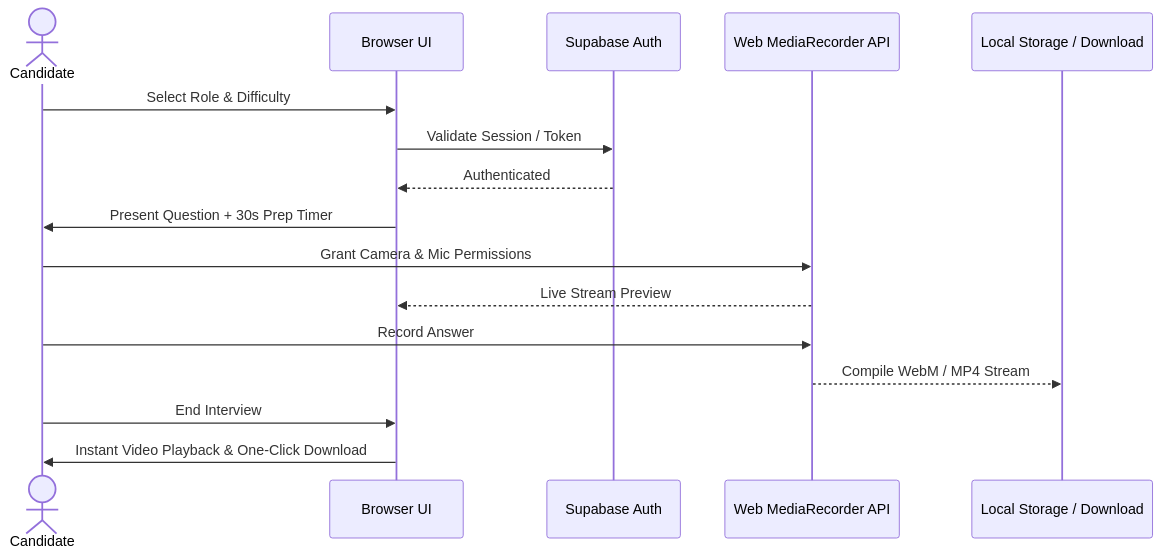
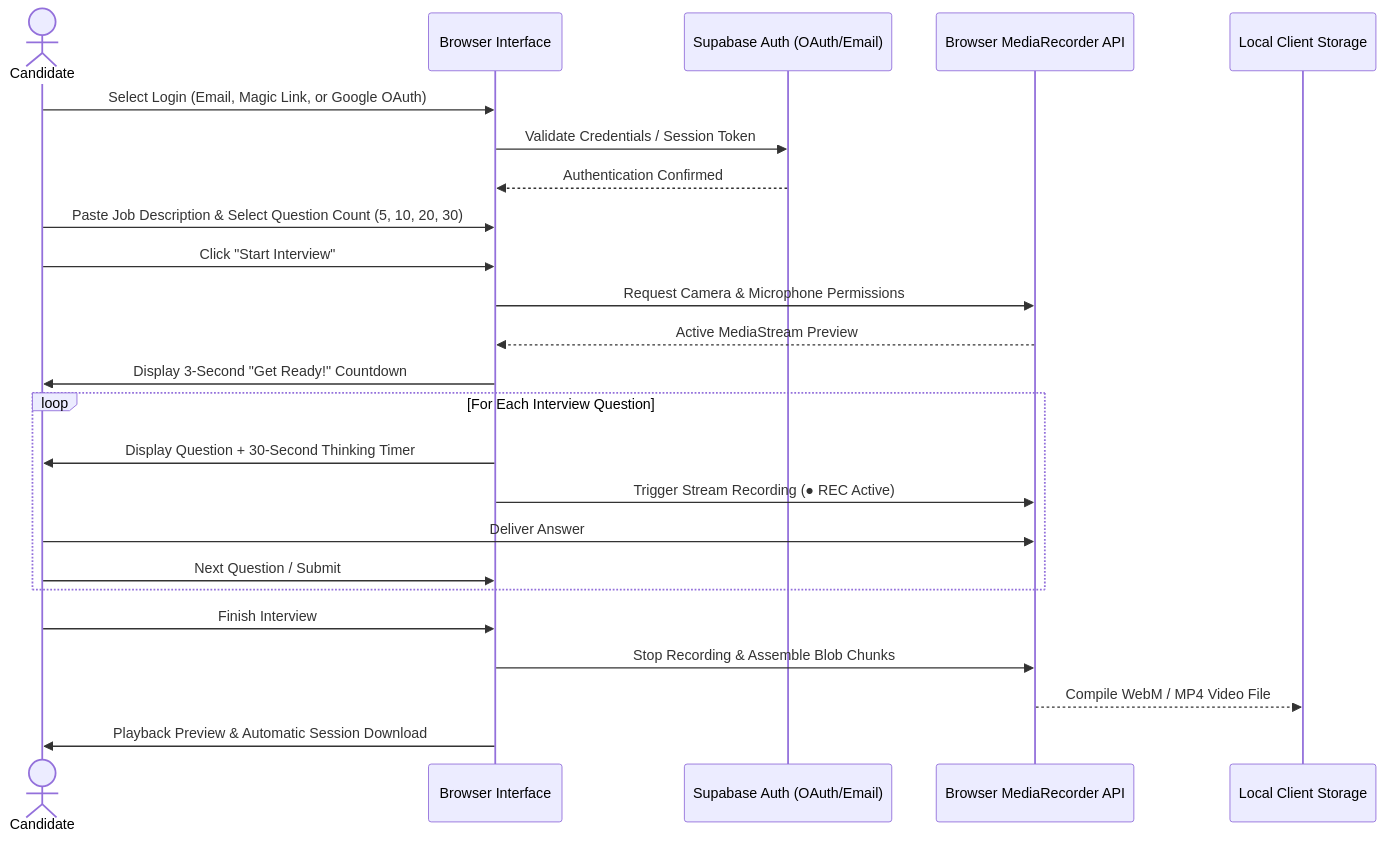
One commit to RaoAbullah/Interviewpractice changed the diagram in README.md. Above: the diagram before and after it, drawn with Mermaid. The commit also changed other lines of this file, not shown here.

````diff
--- a/README.md
+++ b/README.md
@@ -17,19 +27,27 @@
 ```mermaid
 sequenceDiagram
     actor Candidate
-    participant UI as Browser UI
-    participant Auth as Supabase Auth
-    participant Media as Web MediaRecorder API
-    participant Disk as Local Storage / Download
+    participant UI as Browser Interface
+    participant Auth as Supabase Auth (OAuth/Email)
+    participant Media as Browser MediaRecorder API
+    participant Disk as Local Client Storage
 
-    Candidate->>UI: Select Role & Difficulty
-    UI->>Auth: Validate Session / Token
-    Auth-->>UI: Authenticated
-    UI->>Candidate: Present Question + 30s Prep Timer
-    Candidate->>Media: Grant Camera & Mic Permissions
-    Media-->>UI: Live Stream Preview
-    Candidate->>Media: Record Answer
-    Media-->>Disk: Compile WebM / MP4 Stream
-    Candidate->>UI: End Interview
-    UI->>Candidate: Instant Video Playback & One-Click Download
+    Candidate->>UI: Select Login (Email, Magic Link, or Google OAuth)
+    UI->>Auth: Validate Credentials / Session Token
+    Auth-->>UI: Authentication Confirmed
+    Candidate->>UI: Paste Job Description & Select Question Count (5, 10, 20, 30)
+    Candidate->>UI: Click "Start Interview"
+    UI->>Media: Request Camera & Microphone Permissions
+    Media-->>UI: Active MediaStream Preview
+    UI->>Candidate: Display 3-Second "Get Ready!" Countdown
+    loop For Each Interview Question
+        UI->>Candidate: Display Question + 30-Second Thinking Timer
+        UI->>Media: Trigger Stream Recording (● REC Active)
+        Candidate->>Media: Deliver Answer
+        Candidate->>UI: Next Question / Submit
+    end
+    Candidate->>UI: Finish Interview
+    UI->>Media: Stop Recording & Assemble Blob Chunks
+    Media-->>Disk: Compile WebM / MP4 Video File
+    UI->>Candidate: Playback Preview & Automatic Session Download
 ```
````
